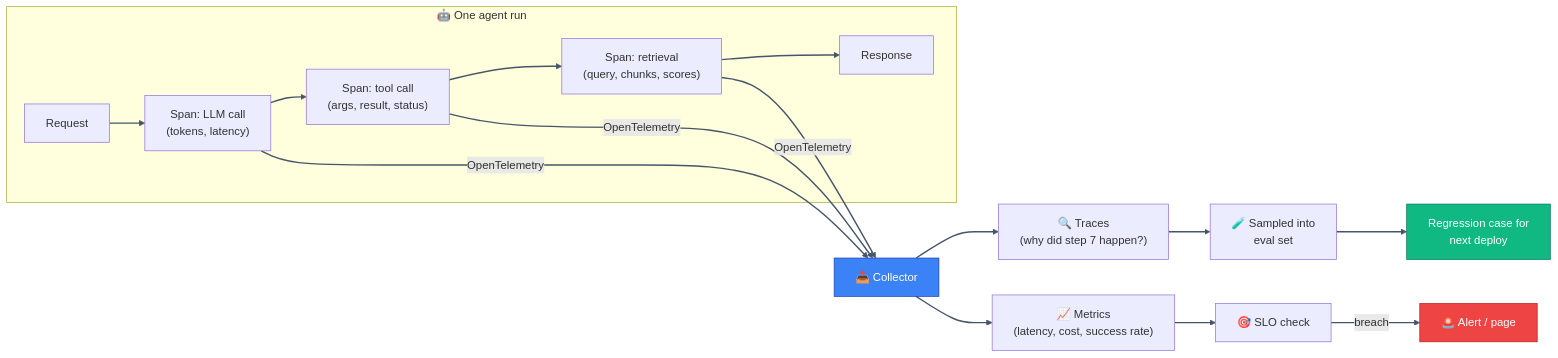
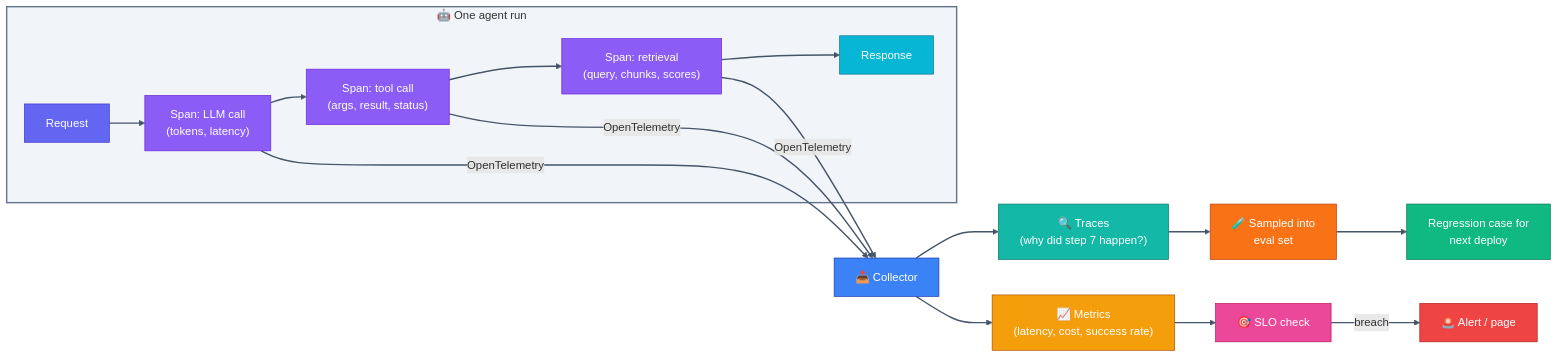
Before and after one commit to mrsachindixit/agentixit: diagram 18 of 25 in README.md, drawn with Mermaid. The commit also changed other lines of this file and 27 other files, not shown here.

Commit message:
updated diagrams

````diff
--- a/README.md
+++ b/README.md
@@ -1287,21 +1041,31 @@
 ```mermaid
 graph LR
     subgraph RUN["🤖 One agent run"]
         REQ["Request"] --> SP1["Span: LLM call\n(tokens, latency)"]
         SP1 --> SP2["Span: tool call\n(args, result, status)"]
         SP2 --> SP3["Span: retrieval\n(query, chunks, scores)"]
         SP3 --> RESP["Response"]
     end
     SP1 & SP2 & SP3 -->|OpenTelemetry| COL["📥 Collector"]
     COL --> TR["🔍 Traces\n(why did step 7 happen?)"]
     COL --> MET["📈 Metrics\n(latency, cost, success rate)"]
     MET --> SLO["🎯 SLO check"]
     SLO -->|breach| ALERT["🚨 Alert / page"]
     TR --> EVAL["🧪 Sampled into\neval set"]
     EVAL --> REG["Regression case for\nnext deploy"]
 
+    style REQ fill:#6366F1,stroke:#4338CA,color:#fff
+    style SP1 fill:#8B5CF6,stroke:#6D28D9,color:#fff
+    style SP2 fill:#8B5CF6,stroke:#6D28D9,color:#fff
+    style SP3 fill:#8B5CF6,stroke:#6D28D9,color:#fff
+    style RESP fill:#06B6D4,stroke:#0E7490,color:#fff
+    style TR fill:#14B8A6,stroke:#0F766E,color:#fff
+    style MET fill:#F59E0B,stroke:#B45309,color:#fff
+    style SLO fill:#EC4899,stroke:#BE185D,color:#fff
+    style EVAL fill:#F97316,stroke:#C2410C,color:#fff
+    style RUN fill:#F1F5F9,stroke:#64748B,stroke-width:2px
     style COL fill:#3B82F6,stroke:#1E40AF,color:#fff
     style ALERT fill:#EF4444,stroke:#B91C1C,color:#fff
     style REG fill:#10B981,stroke:#047857,color:#fff
     linkStyle default stroke:#475569,stroke-width:2px
 ```
````
